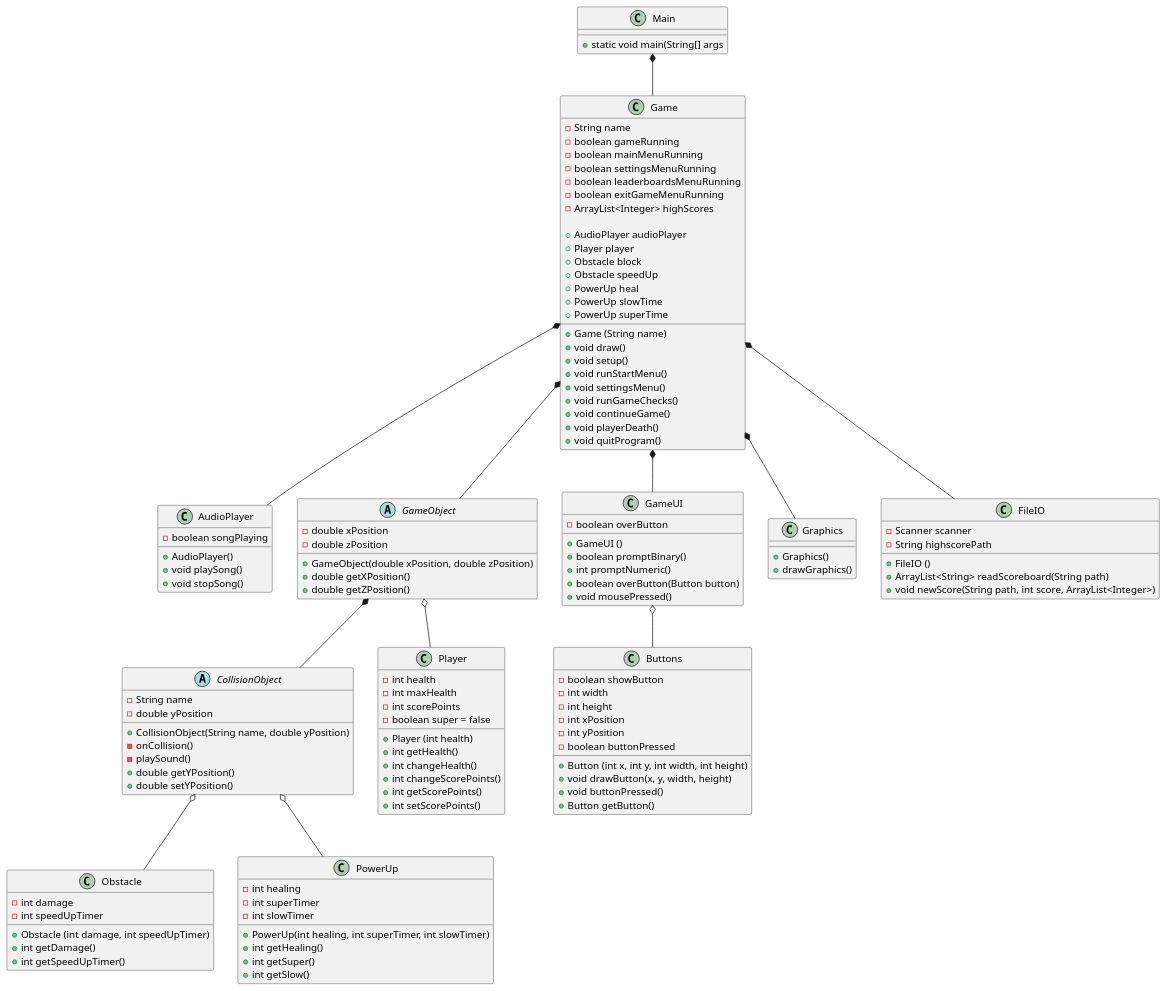
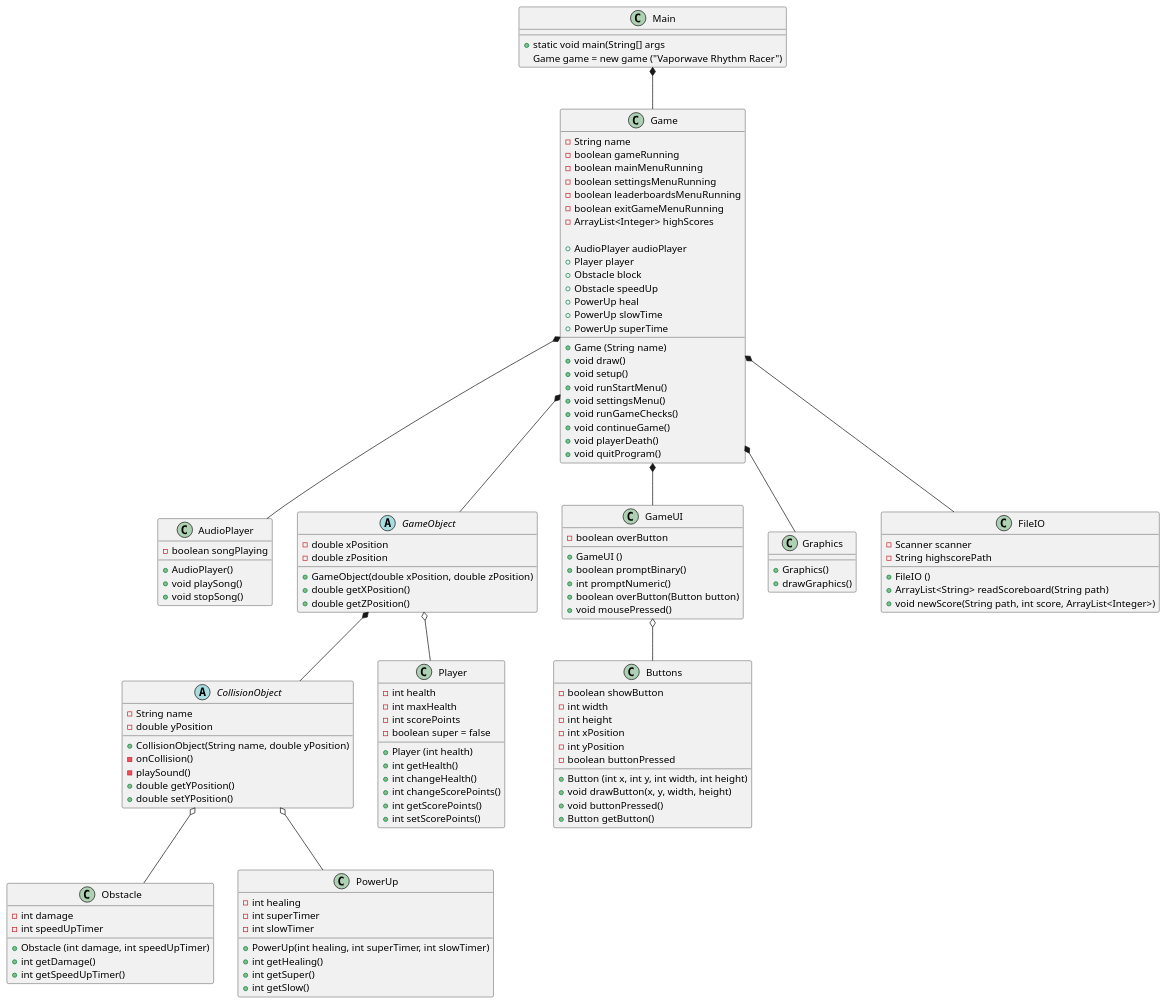
One commit to Gervig/Vaporwave-Rhythm-Racer changed the diagram in doc/Plan/static/classdiagram.puml. Above: the diagram before and after it, drawn with PlantUML.

```diff
--- a/doc/Plan/static/classdiagram.puml
+++ b/doc/Plan/static/classdiagram.puml
@@ -1,176 +1,177 @@
 @startuml
 'https://plantuml.com/class-diagram
 
 class Main {
 + static void main(String[] args
+Game game = new game ("Vaporwave Rhythm Racer")
 }
 
 class Game {
 - String name
 - boolean gameRunning
 - boolean mainMenuRunning
 - boolean settingsMenuRunning
 - boolean leaderboardsMenuRunning
 - boolean exitGameMenuRunning
 'maybe use tree map
 - ArrayList<Integer> highScores
 
 'objects
 + AudioPlayer audioPlayer
 + Player player
 + Obstacle block
 + Obstacle speedUp
 + PowerUp heal
 + PowerUp slowTime
 + PowerUp superTime
 
 
 'constructor
 + Game (String name)
 + void draw()
 + void setup()
 + void runStartMenu()
 + void settingsMenu()
 'checks for player collisions
 + void runGameChecks()
 + void continueGame()
 + void playerDeath()
 + void quitProgram()
 }
 
 'extra feature for later
 class AudioPlayer{
 - boolean songPlaying
 
 'constructor
 + AudioPlayer()
 + void playSong()
 + void stopSong()
 }
 
 'creates different obstacles
 abstract class GameObject{
 - double xPosition
 - double zPosition
 
 'constructor
 + GameObject(double xPosition, double zPosition)
 + double getXPosition()
 + double getZPosition()
 }
 
 abstract class CollisionObject{
 - String name
 - double yPosition
 
 'constructor
 + CollisionObject(String name, double yPosition)
 - onCollision()
 - playSound()
 + double getYPosition()
 + double setYPosition()
 }
 
 'handles the player's input
 class Player{
 - int health
 - int maxHealth
 - int scorePoints
 - boolean super = false
 
 'constructor, set players health to 3 or w/e we want in the constructor & maxHealth
 + Player (int health)
 + int getHealth()
 + int changeHealth()
 + int changeScorePoints()
 + int getScorePoints()
 + int setScorePoints()
 }
 
 class Obstacle{
 - int damage
 - int speedUpTimer
 
 'constructor
 + Obstacle (int damage, int speedUpTimer)
 + int getDamage()
 + int getSpeedUpTimer()
 '- boolean moreObstacles    adds more obstacles to the game for a short time
 '- int moreObstaclesTimer
 '- boolean hacked   add stuff to the screen that makes it hard to see the game
 '- int hackedTimer
 }
 
 class PowerUp{
 - int healing
 - int superTimer
 - int slowTimer
 
 'constructor
 + PowerUp(int healing, int superTimer, int slowTimer)
 + int getHealing()
 + int getSuper()
 + int getSlow()
 }
 
 
 'creates buttons and general UI for the user to interact with
 class GameUI{
 - boolean overButton
 
 'constructor
 + GameUI ()
 + boolean promptBinary()
 + int promptNumeric()
 + boolean overButton(Button button)
 + void mousePressed()
 '+ void createSlider()      check processing "Handles" example
 }
 
 class Buttons{
 - boolean showButton
 - int width
 - int height
 - int xPosition
 - int yPosition
 - boolean buttonPressed
 
 'constructor
 + Button (int x, int y, int width, int height)
 + void drawButton(x, y, width, height)
 + void buttonPressed()
 + Button getButton()
 }
 
 class Graphics{
 
 'constructor
 + Graphics()
 + drawGraphics()
 }
 
 'handles highscores
 class FileIO{
 - Scanner scanner
 - String highscorePath
 
 'constructor
 + FileIO ()
 ' use treeMap to sort list, so that the highest highscore gets displayed in the top
 + ArrayList<String> readScoreboard(String path)
 + void newScore(String path, int score, ArrayList<Integer>)
 }
 
 Main *-- Game
 Game *-- FileIO
 Game *-- GameUI
 Game *-- GameObject
 Game *-- Graphics
 Game *-- AudioPlayer
 GameObject o-- Player
 GameObject *-- CollisionObject
 CollisionObject o-- Obstacle
 CollisionObject o-- PowerUp
 GameUI o-- Buttons
 
 @enduml
```
